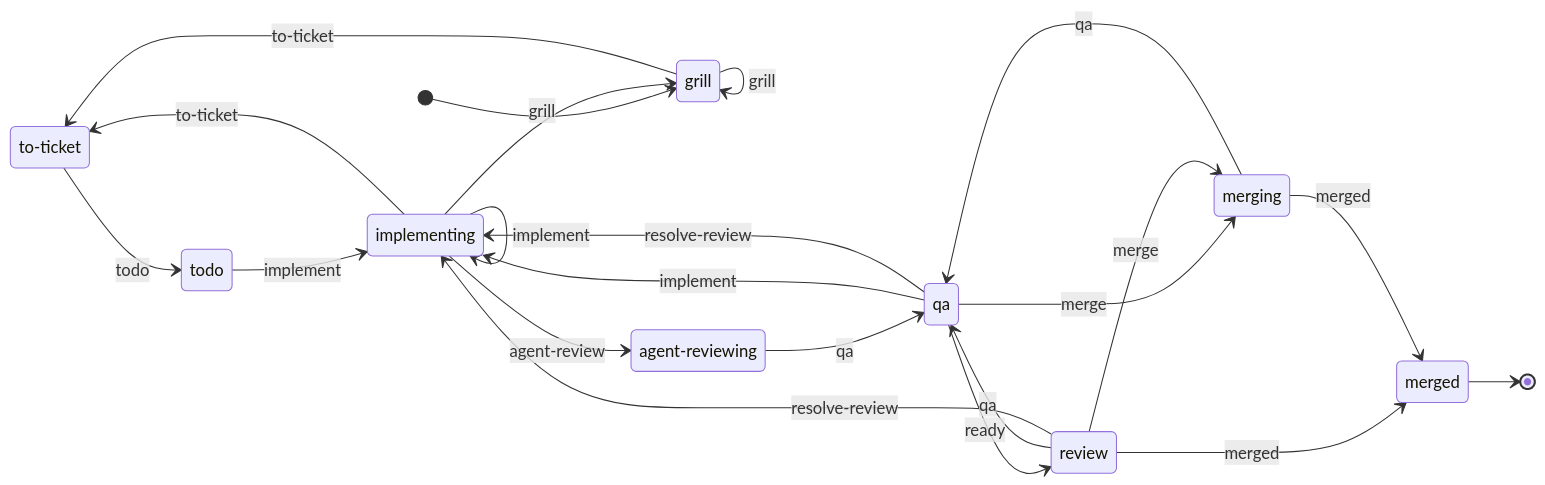
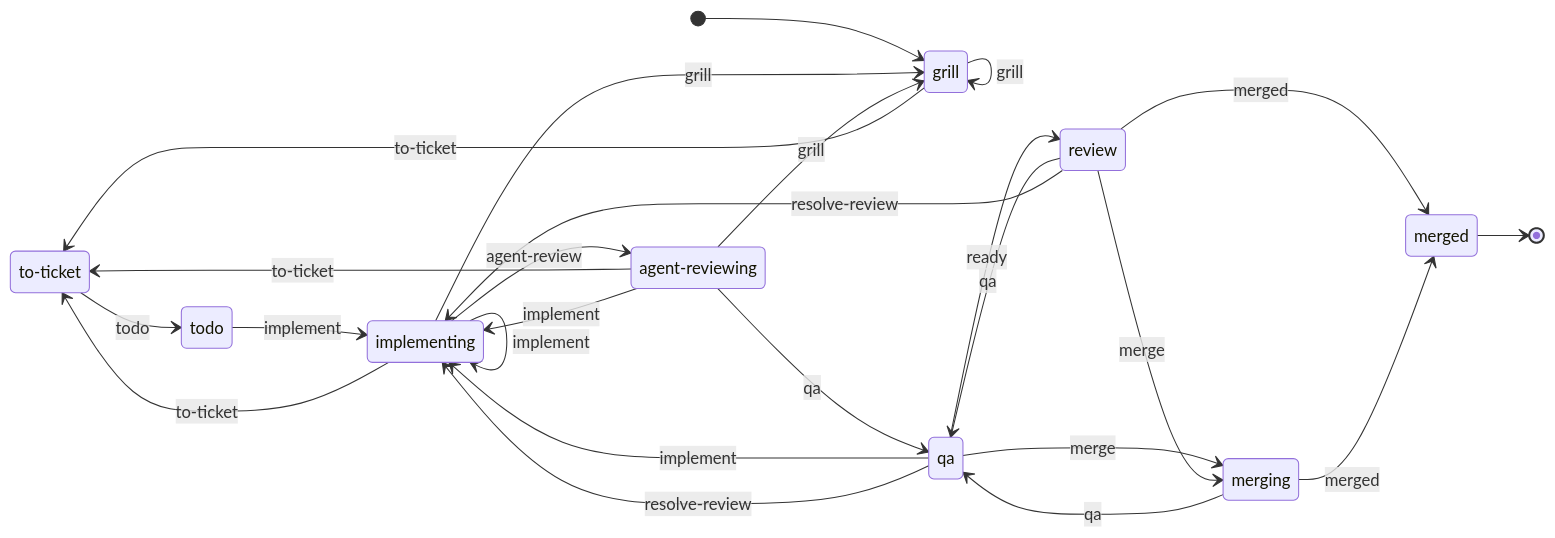
Before and after one commit to MartinBernstorff/mb-workflow: the diagram in apps/mb-workflow/docs/flow.md, drawn with Mermaid. The commit also changed 4 other files, not shown here.

Commit message:
fix(flow): agent review can send the work back to implementing, grill or to-ticket

````diff
--- a/apps/mb-workflow/docs/flow.md
+++ b/apps/mb-workflow/docs/flow.md
@@ -1,27 +1,30 @@
 ```mermaid
 stateDiagram-v2
     direction LR
     state "to-ticket" as to_ticket
     state "agent-reviewing" as agent_reviewing
     [*] --> grill
     merged --> [*]
     grill --> grill : grill
     grill --> to_ticket : to-ticket
     to_ticket --> todo : todo
     todo --> implementing : implement
     implementing --> grill : grill
     implementing --> to_ticket : to-ticket
     implementing --> implementing : implement
     implementing --> agent_reviewing : agent-review
+    agent_reviewing --> grill : grill
+    agent_reviewing --> to_ticket : to-ticket
+    agent_reviewing --> implementing : implement
     agent_reviewing --> qa : qa
     qa --> implementing : implement
     qa --> review : ready
     qa --> merging : merge
     qa --> implementing : resolve-review
     review --> qa : qa
     review --> merging : merge
     review --> merged : merged
     review --> implementing : resolve-review
     merging --> qa : qa
     merging --> merged : merged
 ```
````
